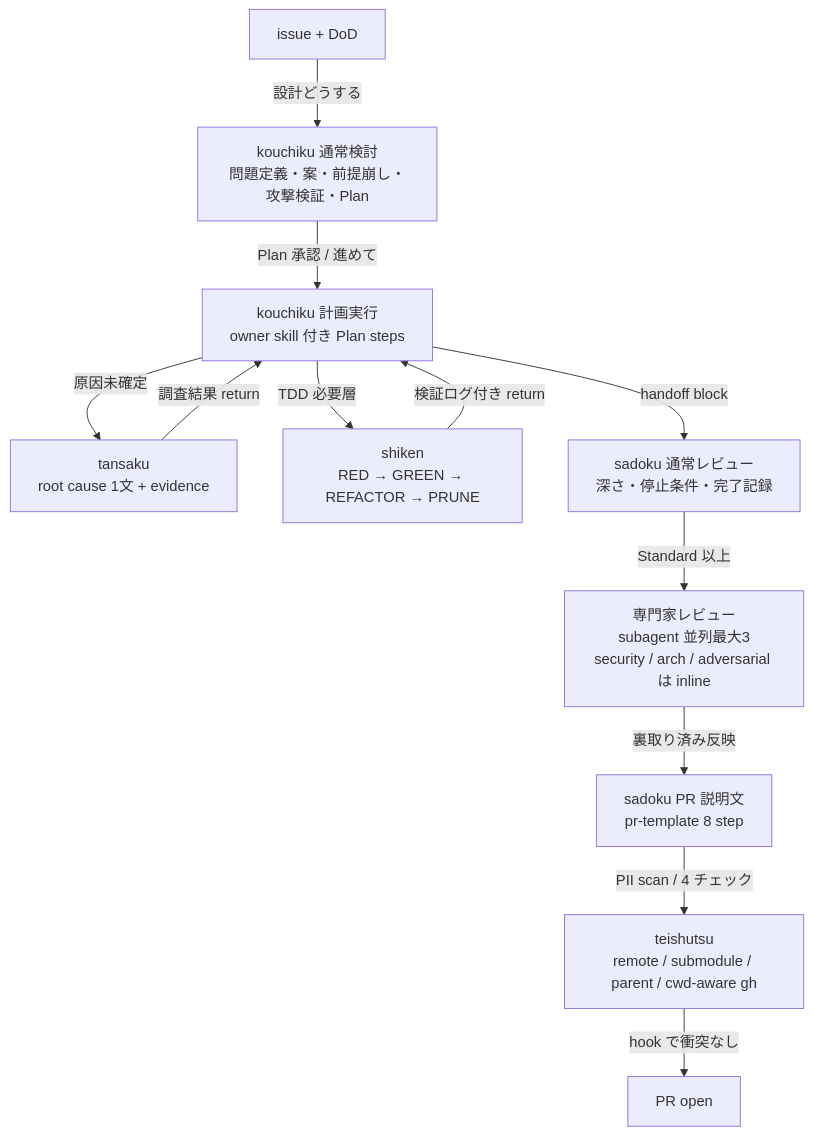
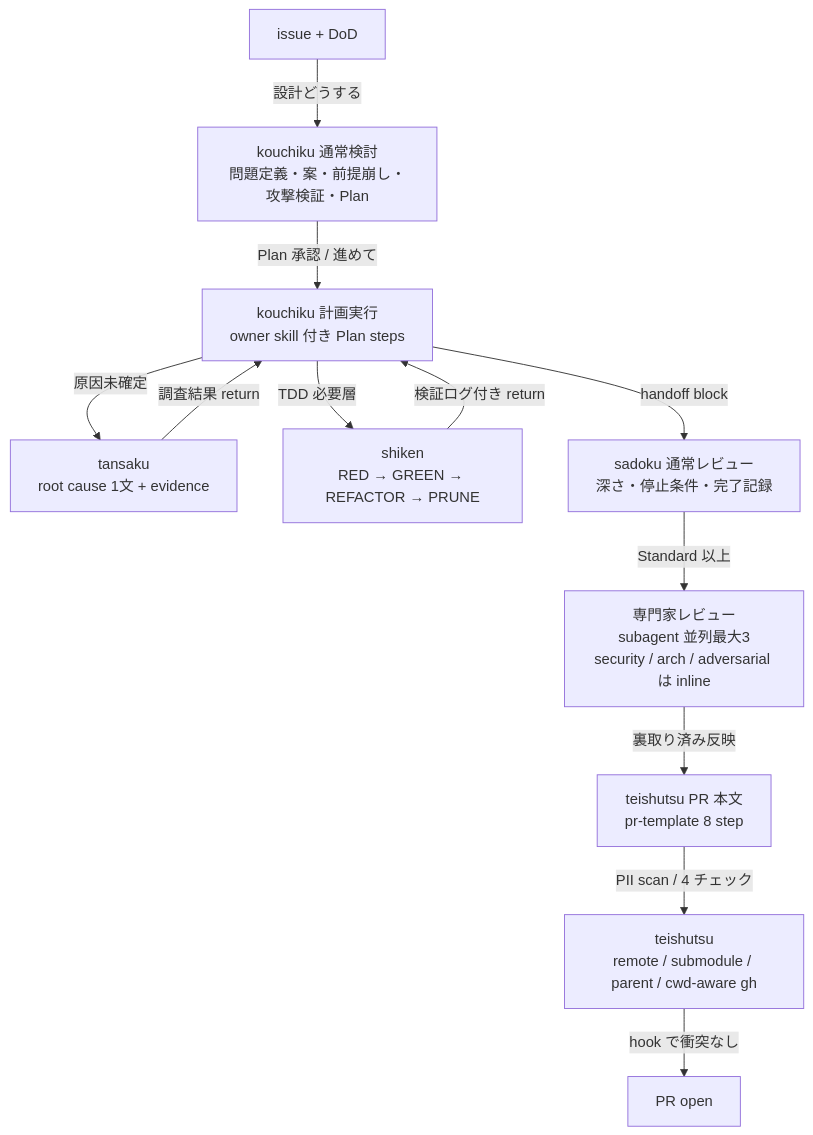
Before and after one commit to hayashiii-ghub/hikizan: the second of 10 diagrams in docs/workflow.md, drawn with Mermaid. The commit also changed other lines of this file and 11 other files, not shown here.

````diff
--- a/docs/workflow.md
+++ b/docs/workflow.md
@@ -67,14 +66,14 @@
 ```mermaid
 flowchart TB
   A["issue + DoD"] -->|"設計どうする"| B["kouchiku 通常検討<br/>問題定義・案・前提崩し・攻撃検証・Plan"]
   B -->|"Plan 承認 / 進めて"| C["kouchiku 計画実行<br/>owner skill 付き Plan steps"]
   C -->|"原因未確定"| I["tansaku<br/>root cause 1文 + evidence"]
   I -->|"調査結果 return"| C
   C -->|"TDD 必要層"| D["shiken<br/>RED → GREEN → REFACTOR → PRUNE"]
   D -->|"検証ログ付き return"| C
   C -->|"handoff block"| E["sadoku 通常レビュー<br/>深さ・停止条件・完了記録"]
   E -->|"Standard 以上"| F["専門家レビュー<br/>subagent 並列最大3<br/>security / arch / adversarial は inline"]
-  F -->|"裏取り済み反映"| G["sadoku PR 説明文<br/>pr-template 8 step"]
+  F -->|"裏取り済み反映"| G["teishutsu PR 本文<br/>pr-template 8 step"]
   G -->|"PII scan / 4 チェック"| H["teishutsu<br/>remote / submodule / parent / cwd-aware gh"]
   H -->|"hook で衝突なし"| J["PR open"]
 ```
````
